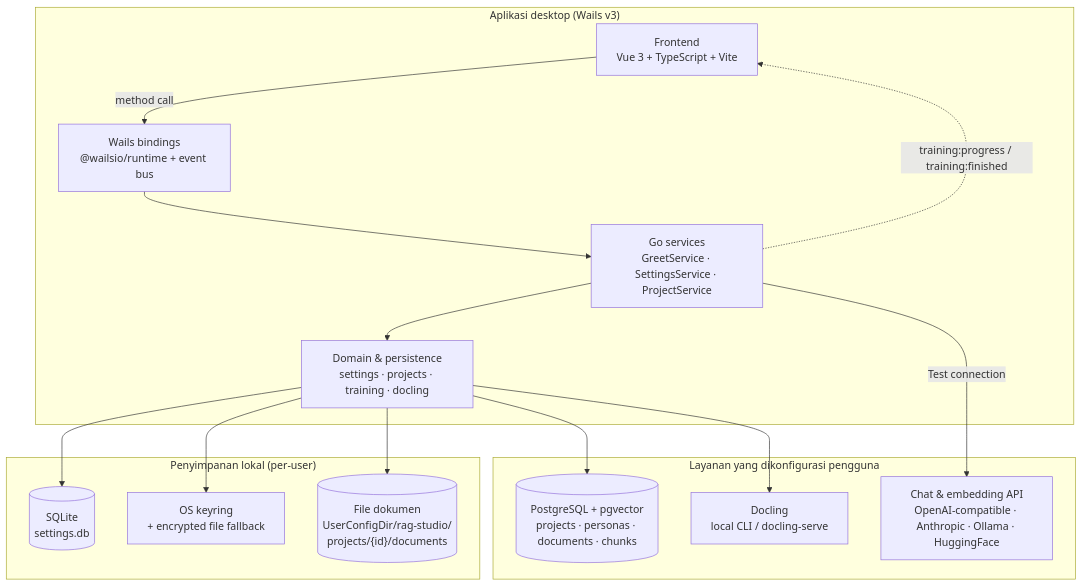
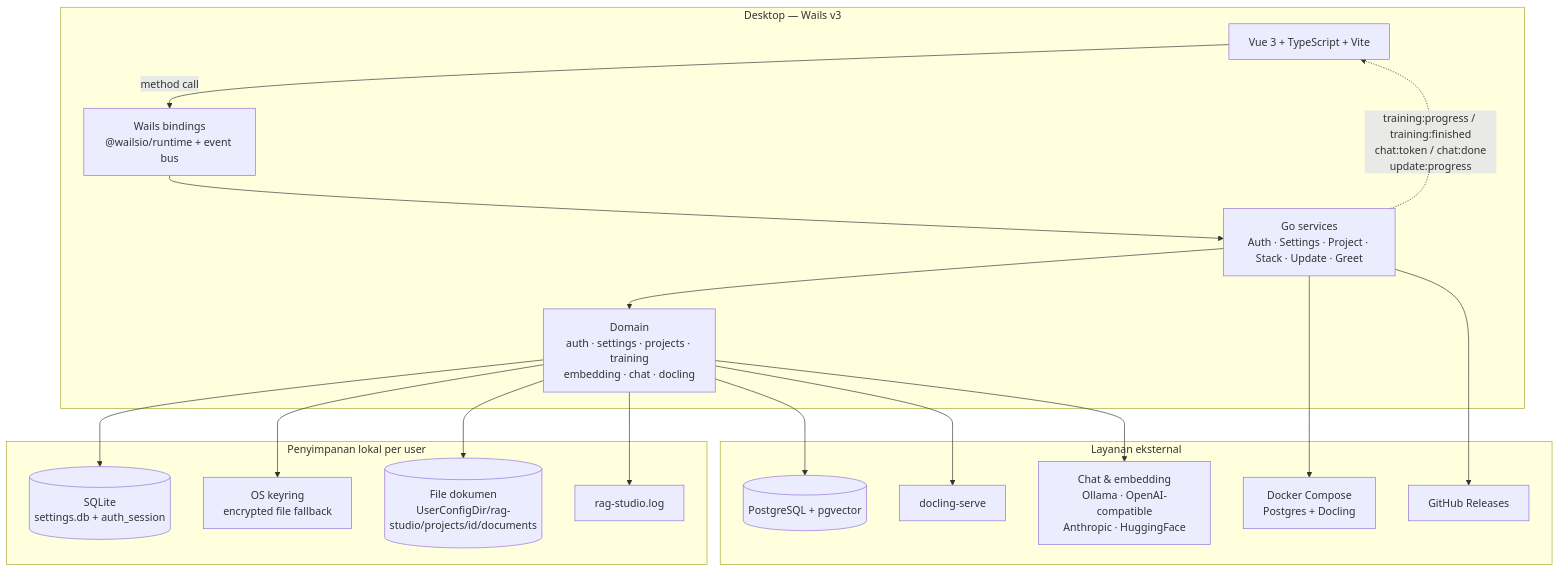
One commit to RP-Guruh/rag-studio changed the first of 4 diagrams in README.md. Above: the diagram before and after it, drawn with Mermaid. The commit also changed other lines of this file, not shown here.

Commit message:
docs: rewrite README with setup guide and current architecture

````diff
--- a/README.md
+++ b/README.md
@@ -68,32 +96,38 @@
 ```mermaid
 flowchart TB
-    subgraph Desktop["Aplikasi desktop (Wails v3)"]
-        UI["Frontend<br/>Vue 3 + TypeScript + Vite"]
+    subgraph Desktop["Desktop — Wails v3"]
+        UI["Vue 3 + TypeScript + Vite"]
         Bridge["Wails bindings<br/>@wailsio/runtime + event bus"]
-        Services["Go services<br/>GreetService · SettingsService · ProjectService"]
-        Domain["Domain & persistence<br/>settings · projects · training · docling"]
+        Services["Go services<br/>Auth · Settings · Project · Stack · Update · Greet"]
+        Domain["Domain<br/>auth · settings · projects · training<br/>embedding · chat · docling"]
         UI -->|"method call"| Bridge
         Bridge --> Services
         Services --> Domain
-        Services -.->|"training:progress / training:finished"| UI
+        Services -.->|"training:progress / training:finished<br/>chat:token / chat:done<br/>update:progress"| UI
     end
 
-    subgraph Local["Penyimpanan lokal (per-user)"]
-        SQLite[("SQLite<br/>settings.db")]
-        Keyring["OS keyring<br/>+ encrypted file fallback"]
-        Files[("File dokumen<br/>UserConfigDir/rag-studio/<br/>projects/{id}/documents")]
+    subgraph Local["Penyimpanan lokal per user"]
+        SQLite[("SQLite<br/>settings.db + auth_session")]
+        Keyring["OS keyring<br/>encrypted file fallback"]
+        Files[("File dokumen<br/>UserConfigDir/rag-studio/projects/id/documents")]
+        Log["rag-studio.log"]
     end
 
-    subgraph External["Layanan yang dikonfigurasi pengguna"]
-        PG[("PostgreSQL + pgvector<br/>projects · personas · documents · chunks")]
-        Docling["Docling<br/>local CLI / docling-serve"]
-        Models["Chat & embedding API<br/>OpenAI-compatible · Anthropic · Ollama · HuggingFace"]
+    subgraph External["Layanan eksternal"]
+        PG[("PostgreSQL + pgvector")]
+        Docling["docling-serve"]
+        Models["Chat & embedding<br/>Ollama · OpenAI-compatible<br/>Anthropic · HuggingFace"]
+        GitHub["GitHub Releases"]
+        Docker["Docker Compose<br/>Postgres + Docling"]
     end
 
     Domain --> SQLite
     Domain --> Keyring
     Domain --> Files
+    Domain --> Log
     Domain --> PG
     Domain --> Docling
-    Services -->|"Test connection"| Models
+    Domain --> Models
+    Services --> Docker
+    Services --> GitHub
 ```
````
